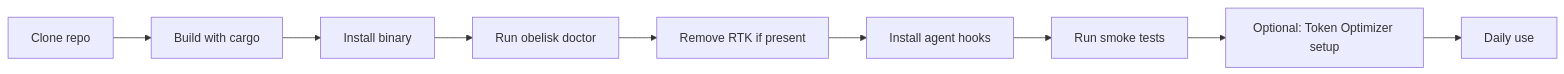
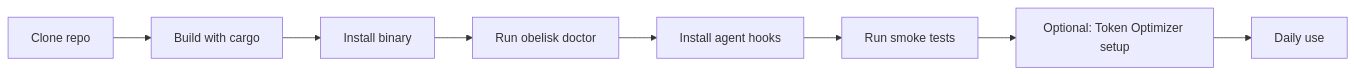
Before and after one commit to dylmarriner/obelisk: the diagram in docs/README.md, drawn with Mermaid. The commit also changed other lines of this file and 6 other files, not shown here.

````diff
--- a/docs/README.md
+++ b/docs/README.md
@@ -29,11 +29,10 @@
 ```mermaid
 flowchart LR
     A[Clone repo] --> B[Build with cargo]
     B --> C[Install binary]
     C --> D[Run obelisk doctor]
-    D --> E[Remove RTK if present]
-    E --> F[Install agent hooks]
-    F --> G[Run smoke tests]
-    G --> H[Optional: Token Optimizer setup]
-    H --> I[Daily use]
+    D --> E[Install agent hooks]
+    E --> F[Run smoke tests]
+    F --> G[Optional: Token Optimizer setup]
+    G --> H[Daily use]
 ```
````
